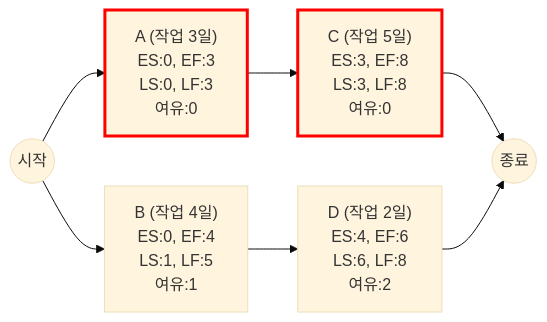
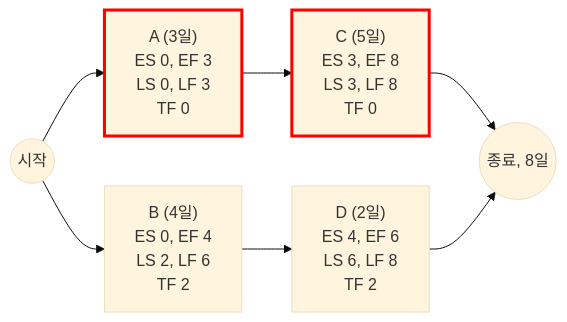
One commit to supremethumb/supremethumb.github.io changed the diagram in content/01_IT Tech/CPM.md. Above: the diagram before and after it, drawn with Mermaid (base theme). The commit also changed other lines of this file and 1087 other files, not shown here.

````diff
--- a/content/01_IT Tech/CPM.md
+++ b/content/01_IT Tech/CPM.md
@@ -26,15 +37,11 @@
 ```mermaid
 flowchart LR
-    Start((시작)) --> A["A (작업 3일)<br/>ES:0, EF:3<br/>LS:0, LF:3<br/>여유:0"]
-    Start --> B["B (작업 4일)<br/>ES:0, EF:4<br/>LS:1, LF:5<br/>여유:1"]
-    
-    A --> C["C (작업 5일)<br/>ES:3, EF:8<br/>LS:3, LF:8<br/>여유:0"]
-    B --> D["D (작업 2일)<br/>ES:4, EF:6<br/>LS:6, LF:8<br/>여유:2"]
-    
-    C --> End((종료))
-    D --> End
-    
+    S(("시작")) --> A["A (3일)<br/>ES 0, EF 3<br/>LS 0, LF 3<br/>TF 0"]
+    S --> B["B (4일)<br/>ES 0, EF 4<br/>LS 2, LF 6<br/>TF 2"]
+    A --> C["C (5일)<br/>ES 3, EF 8<br/>LS 3, LF 8<br/>TF 0"]
+    B --> D["D (2일)<br/>ES 4, EF 6<br/>LS 6, LF 8<br/>TF 2"]
+    C --> E(("종료, 8일"))
+    D --> E
     classDef critical stroke:#ff0000,stroke-width:3px;
     class A,C critical;
-
 ```
````
